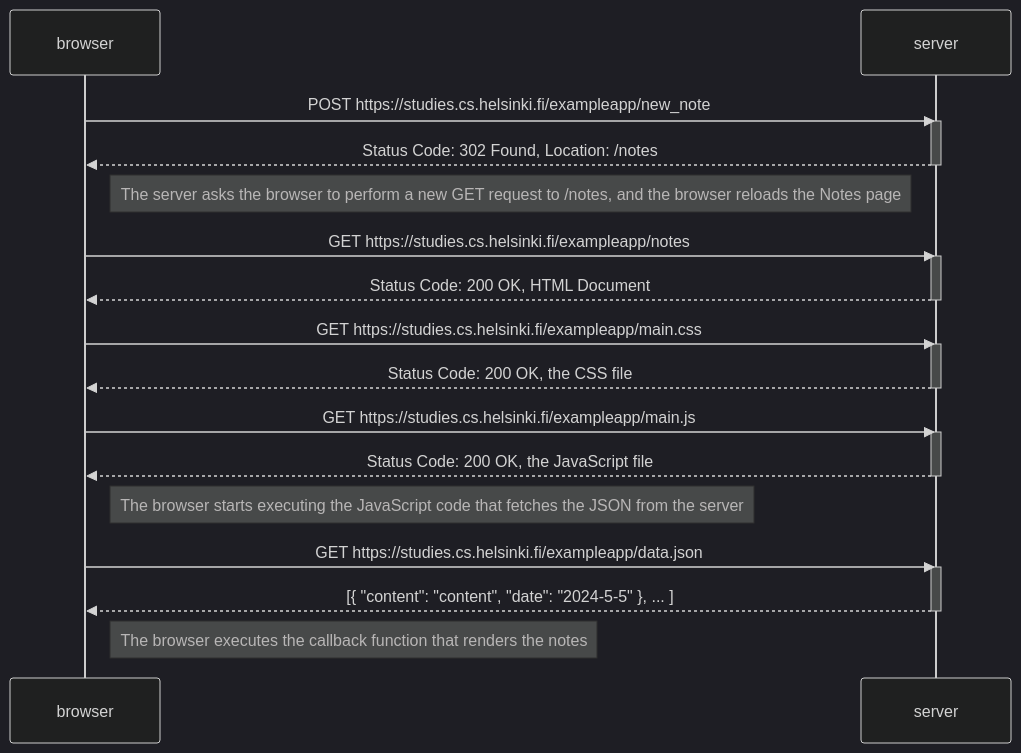
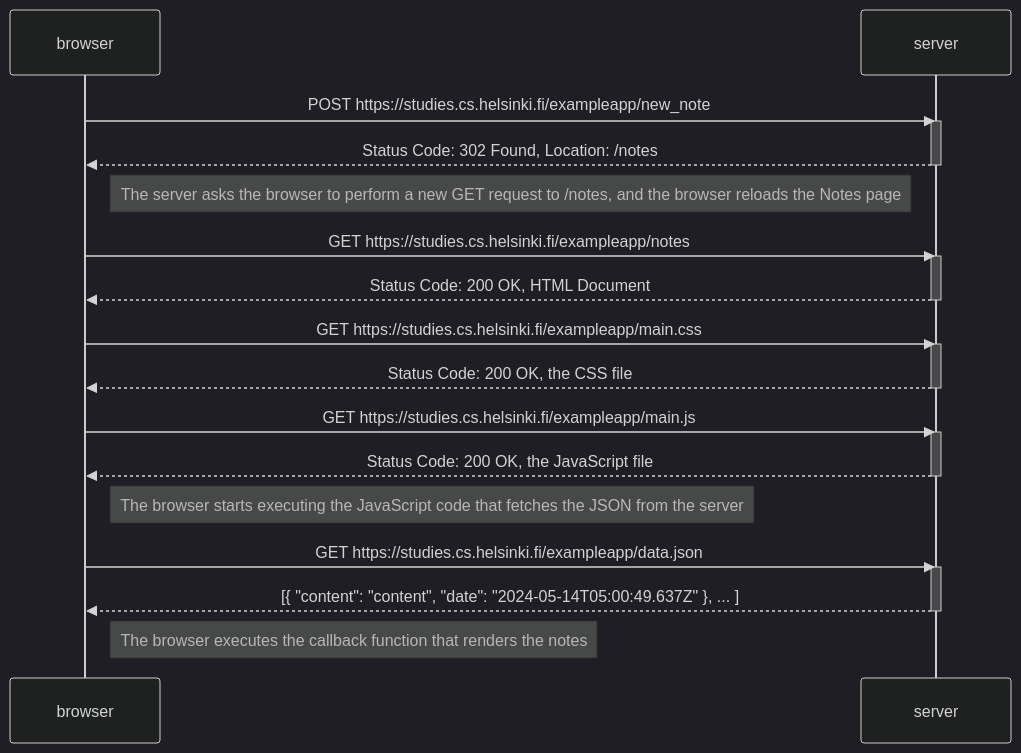
One commit to mashazyu/fullstackopen changed the diagram in part0/04 - New note diagram.mmd. Above: the diagram before and after it, drawn with Mermaid (dark theme).

Commit message:
fix: add date in the correct format to excercise 4

```diff
--- a/part0/04 - New note diagram.mmd
+++ b/part0/04 - New note diagram.mmd
@@ -1,34 +1,34 @@
 sequenceDiagram
     participant browser
     participant server
 
     browser->>server: POST https://studies.cs.helsinki.fi/exampleapp/new_note
     activate server
     server-->>browser: Status Code: 302 Found, Location: /notes
     deactivate server
 
     Note right of browser: The server asks the browser to perform a new GET request to /notes, and the browser reloads the Notes page
 
     browser->>server: GET https://studies.cs.helsinki.fi/exampleapp/notes
     activate server
     server-->>browser: Status Code: 200 OK, HTML Document
     deactivate server
 
     browser->>server: GET https://studies.cs.helsinki.fi/exampleapp/main.css
     activate server
     server-->>browser: Status Code: 200 OK, the CSS file
     deactivate server
 
     browser->>server: GET https://studies.cs.helsinki.fi/exampleapp/main.js
     activate server
     server-->>browser: Status Code: 200 OK, the JavaScript file
     deactivate server
 
     Note right of browser: The browser starts executing the JavaScript code that fetches the JSON from the server
 
     browser->>server: GET https://studies.cs.helsinki.fi/exampleapp/data.json
     activate server
-    server-->>browser: [{ "content": "content", "date": "2024-5-5" }, ... ]
+    server-->>browser: [{ "content": "content", "date": "2024-05-14T05:00:49.637Z" }, ... ]
     deactivate server
 
     Note right of browser: The browser executes the callback function that renders the notes
```
